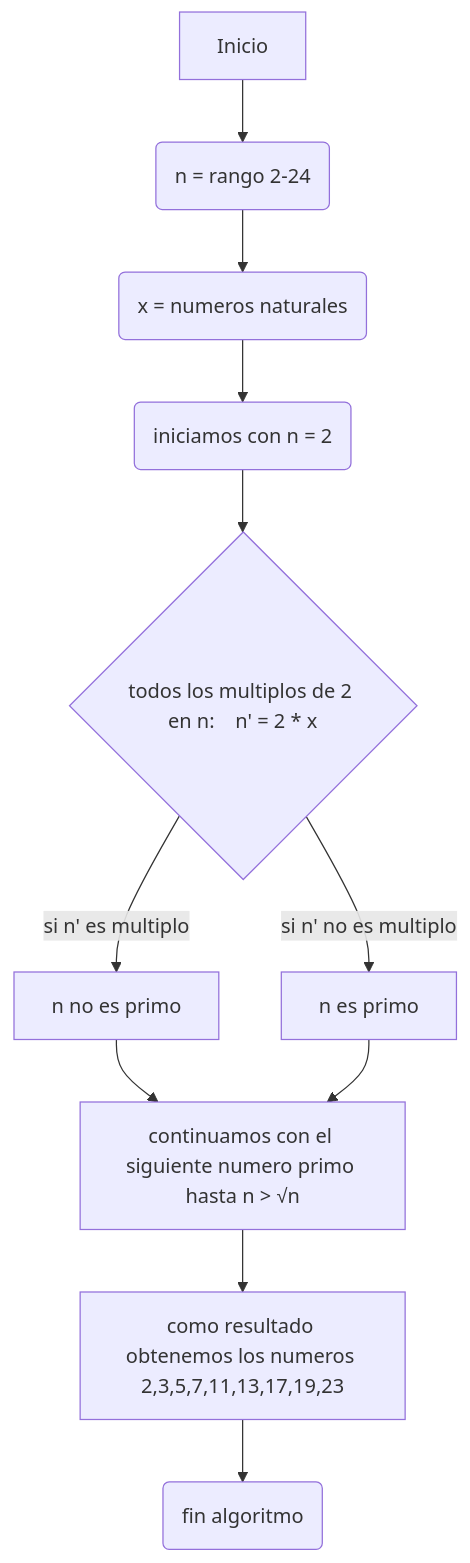
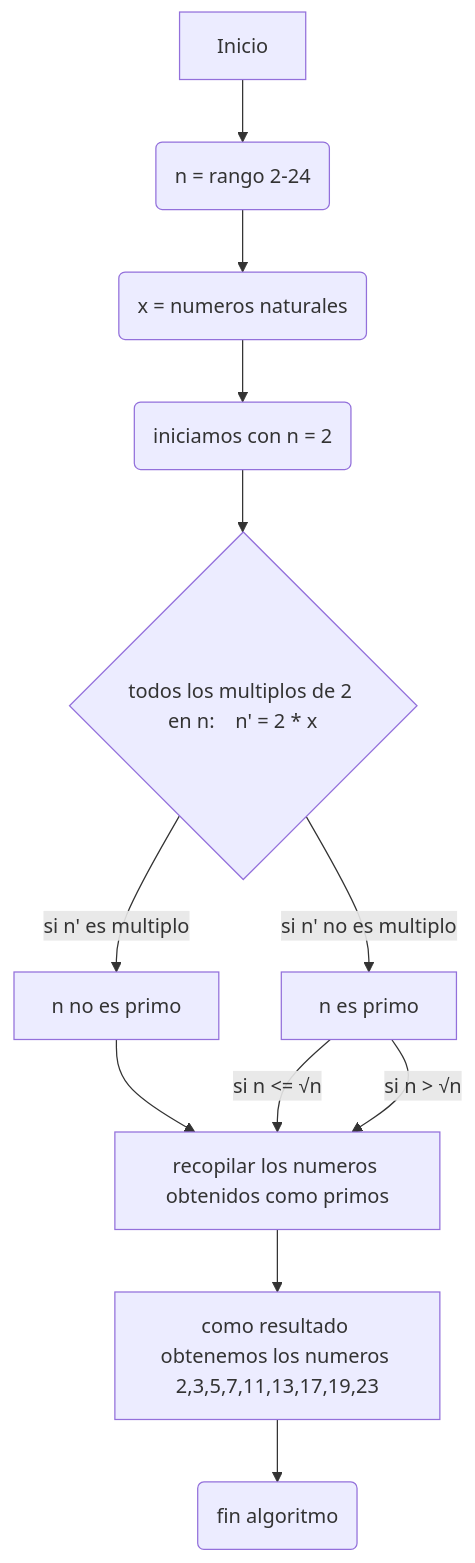
Before and after one commit to Matrodri18/RETO_3: the diagram in README.md, drawn with Mermaid.

````diff
--- a/README.md
+++ b/README.md
@@ -52,11 +52,12 @@
 ```mermaid
 flowchart TD
     A[Inicio] --> B(n = rango 2-24) --> c(x = numeros naturales) --> D(iniciamos con n = 2)
     D--> E{todos los multiplos de 2 en n:    n' = 2 * x}
     E -->|si n' es multiplo| F[n no es primo]
     E -->|si n' no es multiplo| G[n es primo]
     F --> H[continuamos con el siguiente numero primo] 
- G --> H[continuamos con el siguiente numero primo hasta n > √n] 
+ G --> |si n <= √n| H[continuamos con el siguiente numero primo]
+ G --> |si n > √n| H[recopilar los numeros obtenidos como primos] 
     H --> I[como resultado obtenemos los numeros 2,3,5,7,11,13,17,19,23]
     I --> L(fin algoritmo)
 ```
````
